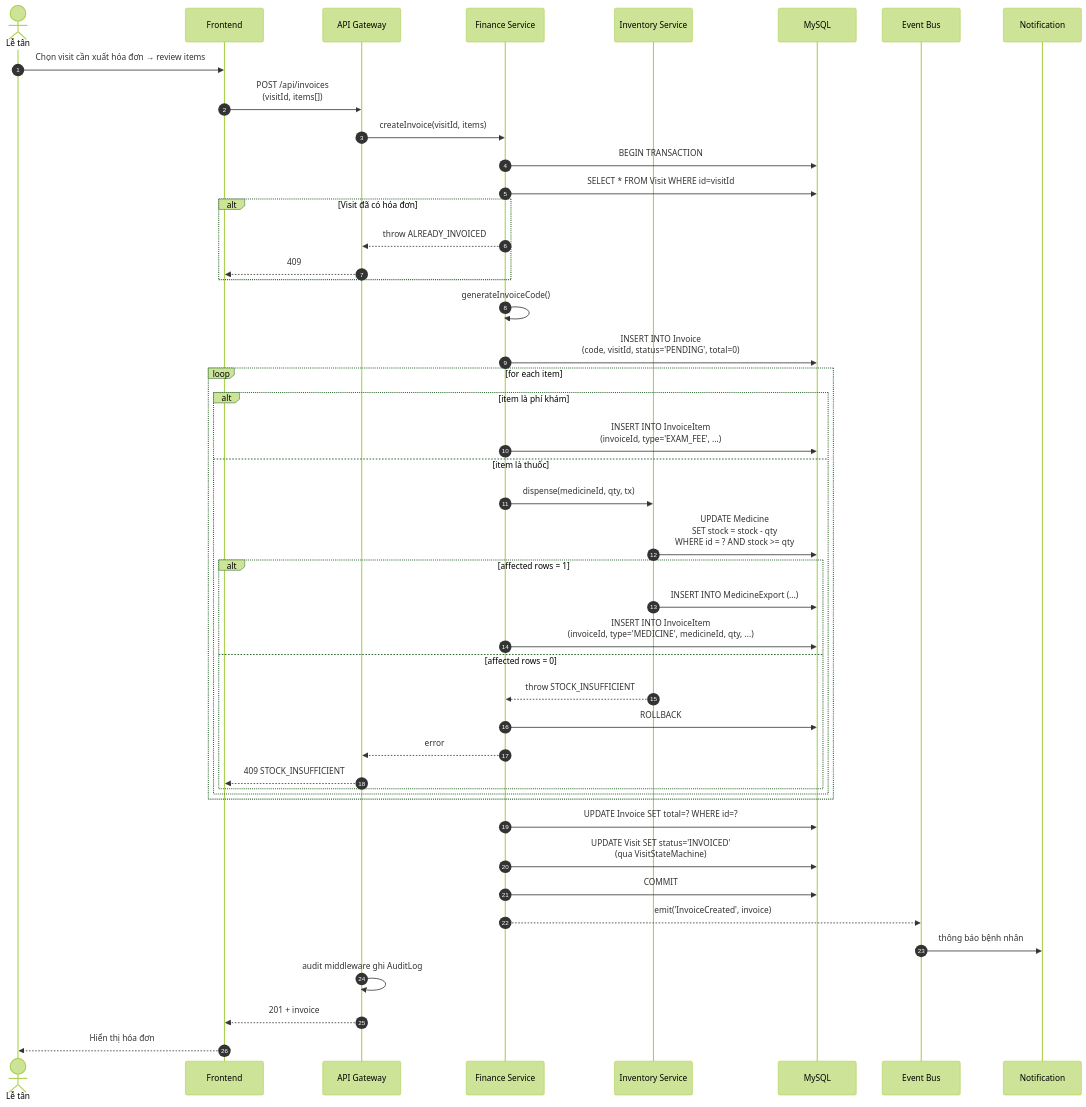
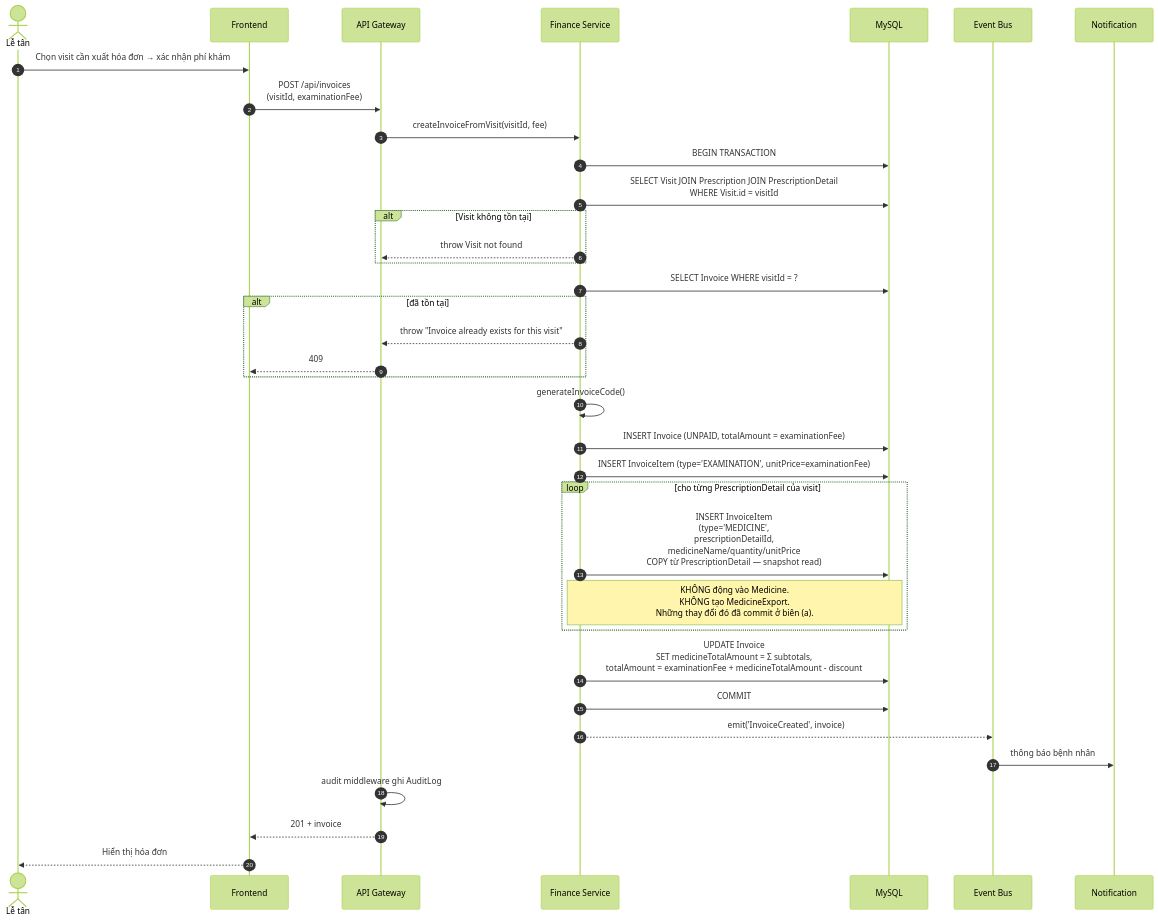
Before and after one commit to MinhThienNguyen040905/SE356---He-thong-phong-kham: the sixth of 9 diagrams in Docs/SAD.md, drawn with Mermaid (forest theme). The commit also changed other lines of this file and 2 other files, not shown here.

````diff
--- a/Docs/SAD.md
+++ b/Docs/SAD.md
@@ -733,53 +812,44 @@
 ```mermaid
 sequenceDiagram
     autonumber
     actor R as Lễ tân
     participant FE as Frontend
     participant GW as API Gateway
     participant FIN as Finance Service
-    participant INV as Inventory Service
     participant DB as MySQL
     participant EVT as Event Bus
     participant NOT as Notification
 
-    R->>FE: Chọn visit cần xuất hóa đơn → review items
-    FE->>GW: POST /api/invoices<br/>(visitId, items[])
-    GW->>FIN: createInvoice(visitId, items)
+    R->>FE: Chọn visit cần xuất hóa đơn → xác nhận phí khám
+    FE->>GW: POST /api/invoices<br/>(visitId, examinationFee)
+    GW->>FIN: createInvoiceFromVisit(visitId, fee)
     FIN->>DB: BEGIN TRANSACTION
 
-    FIN->>DB: SELECT * FROM Visit WHERE id=visitId
-    alt Visit đã có hóa đơn
-        FIN-->>GW: throw ALREADY_INVOICED
+    FIN->>DB: SELECT Visit JOIN Prescription JOIN PrescriptionDetail<br/>WHERE Visit.id = visitId
+    alt Visit không tồn tại
+        FIN-->>GW: throw Visit not found
+    end
+
+    FIN->>DB: SELECT Invoice WHERE visitId = ?
+    alt đã tồn tại
+        FIN-->>GW: throw "Invoice already exists for this visit"
         GW-->>FE: 409
     end
 
     FIN->>FIN: generateInvoiceCode()
-    FIN->>DB: INSERT INTO Invoice<br/>(code, visitId, status='PENDING', total=0)
+    FIN->>DB: INSERT Invoice (UNPAID, totalAmount = examinationFee)
+    FIN->>DB: INSERT InvoiceItem (type='EXAMINATION', unitPrice=examinationFee)
 
-    loop for each item
-        alt item là phí khám
-            FIN->>DB: INSERT INTO InvoiceItem<br/>(invoiceId, type='EXAM_FEE', ...)
-        else item là thuốc
-            FIN->>INV: dispense(medicineId, qty, tx)
-            INV->>DB: UPDATE Medicine<br/>SET stock = stock - qty<br/>WHERE id = ? AND stock >= qty
-            alt affected rows = 1
-                INV->>DB: INSERT INTO MedicineExport (...)
-                FIN->>DB: INSERT INTO InvoiceItem<br/>(invoiceId, type='MEDICINE', medicineId, qty, ...)
-            else affected rows = 0
-                INV-->>FIN: throw STOCK_INSUFFICIENT
-                FIN->>DB: ROLLBACK
-                FIN-->>GW: error
-                GW-->>FE: 409 STOCK_INSUFFICIENT
-            end
-        end
+    loop cho từng PrescriptionDetail của visit
+        FIN->>DB: INSERT InvoiceItem<br/>(type='MEDICINE',<br/> prescriptionDetailId,<br/> medicineName/quantity/unitPrice<br/> COPY từ PrescriptionDetail — snapshot read)
+        Note over FIN,DB: KHÔNG động vào Medicine.<br/>KHÔNG tạo MedicineExport.<br/>Những thay đổi đó đã commit ở biên (a).
     end
 
-    FIN->>DB: UPDATE Invoice SET total=? WHERE id=?
-    FIN->>DB: UPDATE Visit SET status='INVOICED'<br/>(qua VisitStateMachine)
+    FIN->>DB: UPDATE Invoice<br/>SET medicineTotalAmount = Σ subtotals,<br/>    totalAmount = examinationFee + medicineTotalAmount - discount
     FIN->>DB: COMMIT
     FIN-->>EVT: emit('InvoiceCreated', invoice)
     EVT->>NOT: thông báo bệnh nhân
     GW->>GW: audit middleware ghi AuditLog
     GW-->>FE: 201 + invoice
     FE-->>R: Hiển thị hóa đơn
 ```
````
